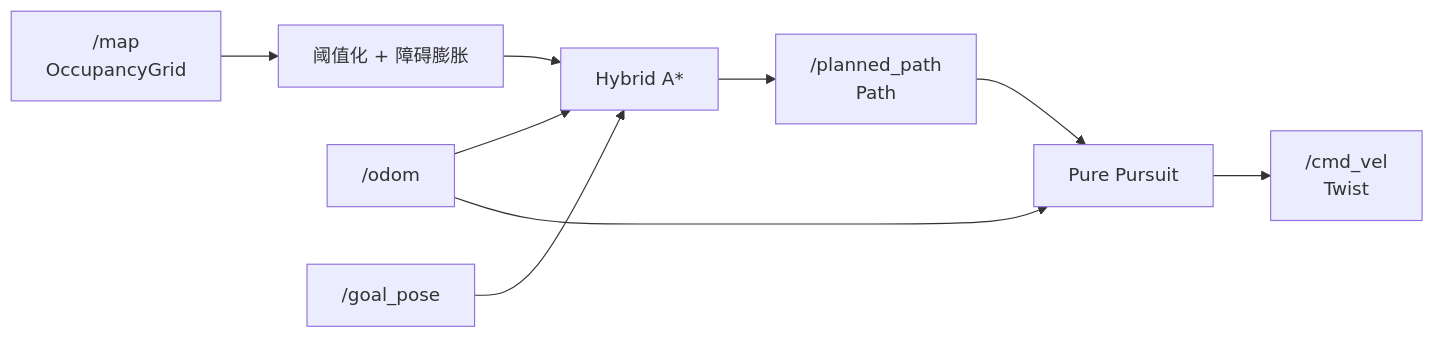
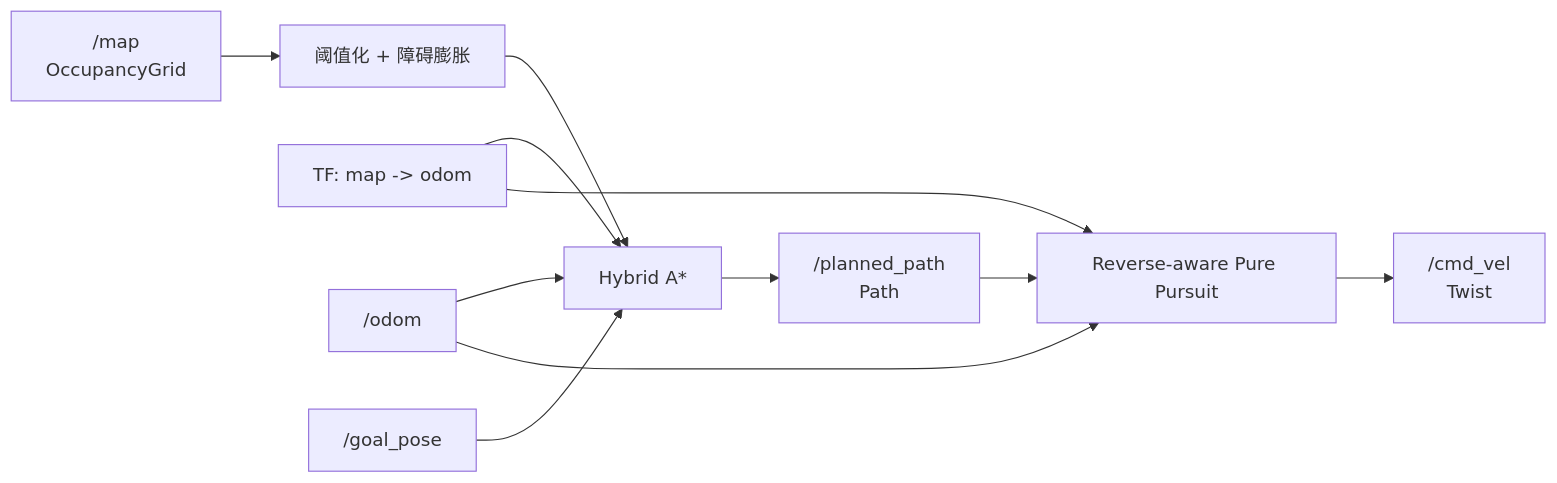
One commit to chaoyang-xl/hybrid_astar_algorithm changed the diagram in README.md. Above: the diagram before and after it, drawn with Mermaid. The commit also changed other lines of this file and 4 other files, not shown here.

````diff
--- a/README.md
+++ b/README.md
@@ -21,11 +23,13 @@
 ```mermaid
 flowchart LR
     Map["/map<br/>OccupancyGrid"] --> Inflate["阈值化 + 障碍膨胀"]
-    Odom["/odom"] --> Planner["Hybrid A*"]
+    TF["TF: map -> odom"] --> Planner["Hybrid A*"]
+    Odom["/odom"] --> Planner
     Goal["/goal_pose"] --> Planner
     Inflate --> Planner
     Planner --> Path["/planned_path<br/>Path"]
-    Path --> Controller["Pure Pursuit"]
+    Path --> Controller["Reverse-aware Pure Pursuit"]
+    TF --> Controller
     Odom --> Controller
     Controller --> Cmd["/cmd_vel<br/>Twist"]
 ```
````
